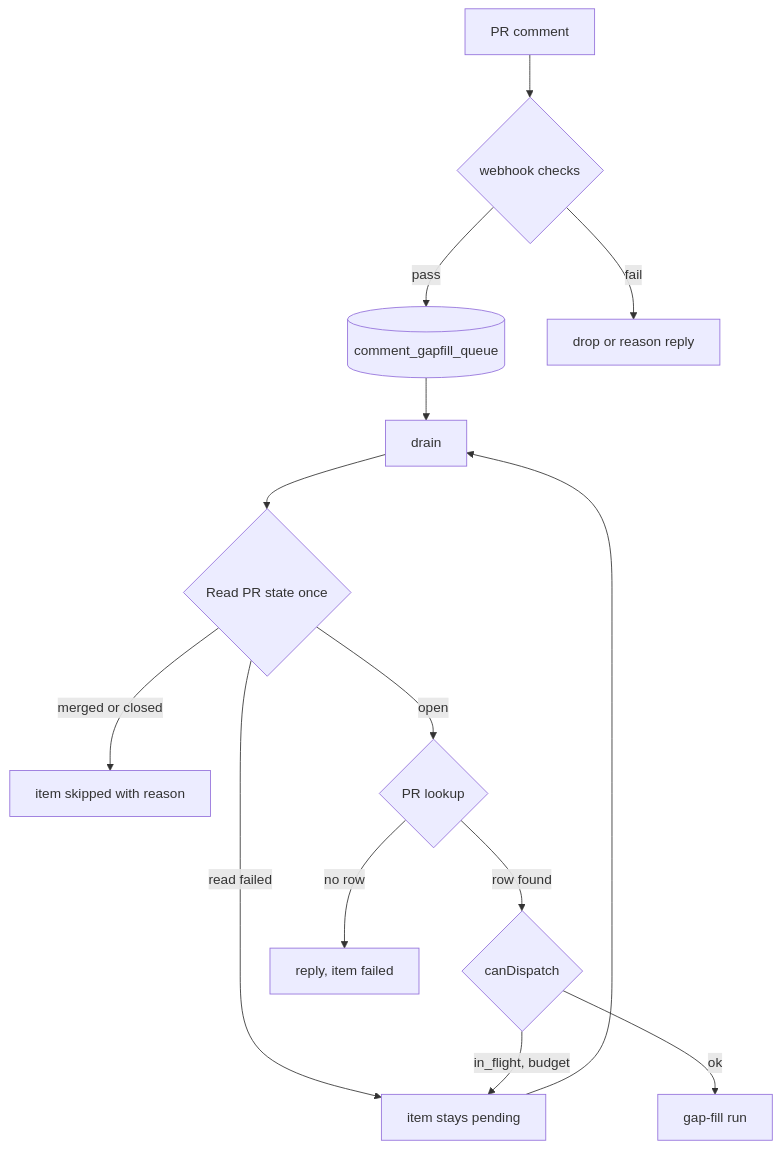
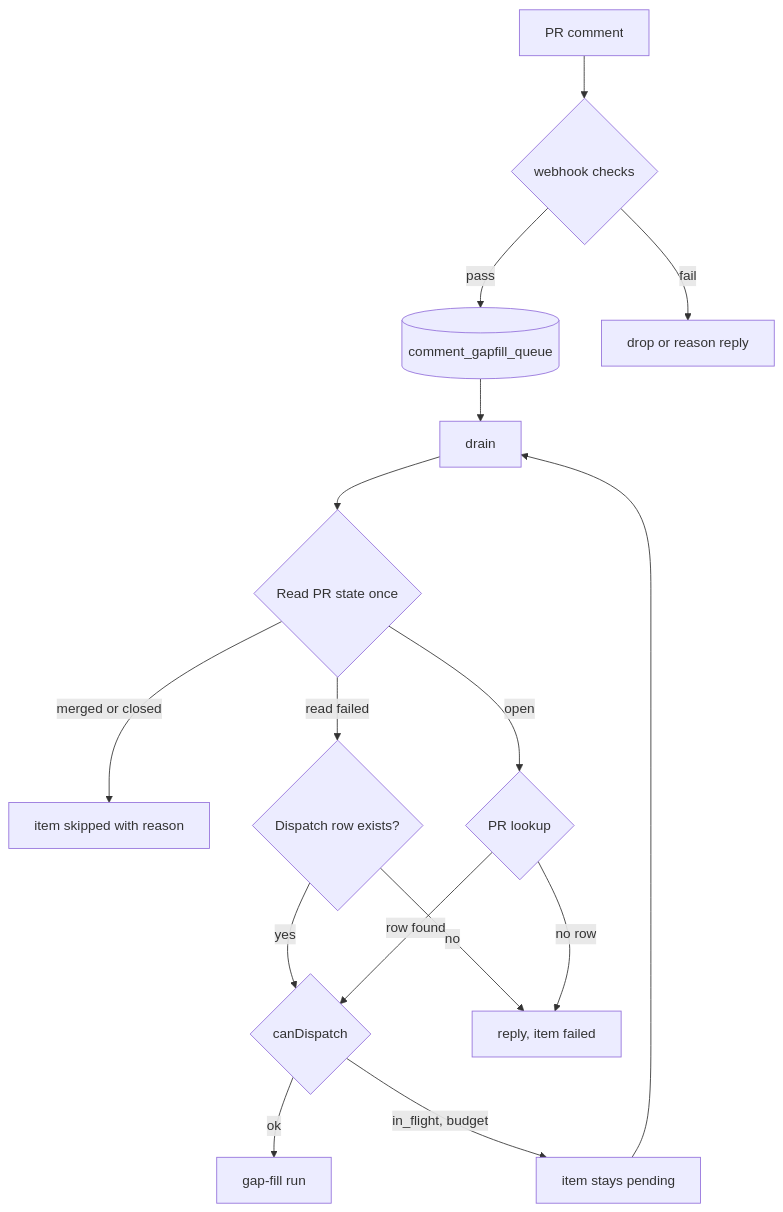
One commit to BuildDownAI/AI-Implement changed the diagram in docs/comment-gapfill-rail.md. Above: the diagram before and after it, drawn with Mermaid. The commit also changed other lines of this file and 2 other files, not shown here.

````diff
--- a/docs/comment-gapfill-rail.md
+++ b/docs/comment-gapfill-rail.md
@@ -5,16 +5,18 @@
 ```mermaid
 flowchart TD
   C[PR comment] --> W{webhook checks}
   W -->|pass| Q[(comment_gapfill_queue)]
   W -->|fail| R1[drop or reason reply]
   Q --> D[drain]
   D --> S{Read PR state once}
   S -->|merged or closed| T[item skipped with reason]
-  S -->|read failed| P
+  S -->|read failed| F{Dispatch row exists?}
+  F -->|yes| G
+  F -->|no| R2
   S -->|open| L{PR lookup}
   L -->|row found| G{canDispatch}
   L -->|no row| R2[reply, item failed]
   G -->|ok| RUN[gap-fill run]
   G -->|in_flight, budget| P[item stays pending]
   P --> D
 ```
````
